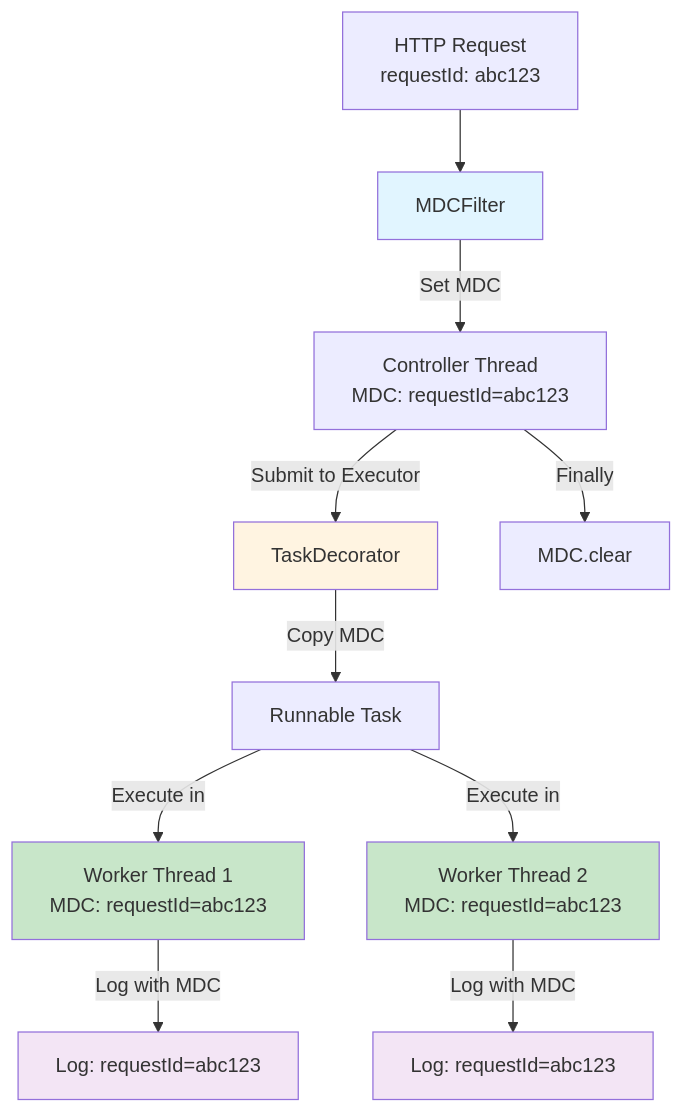
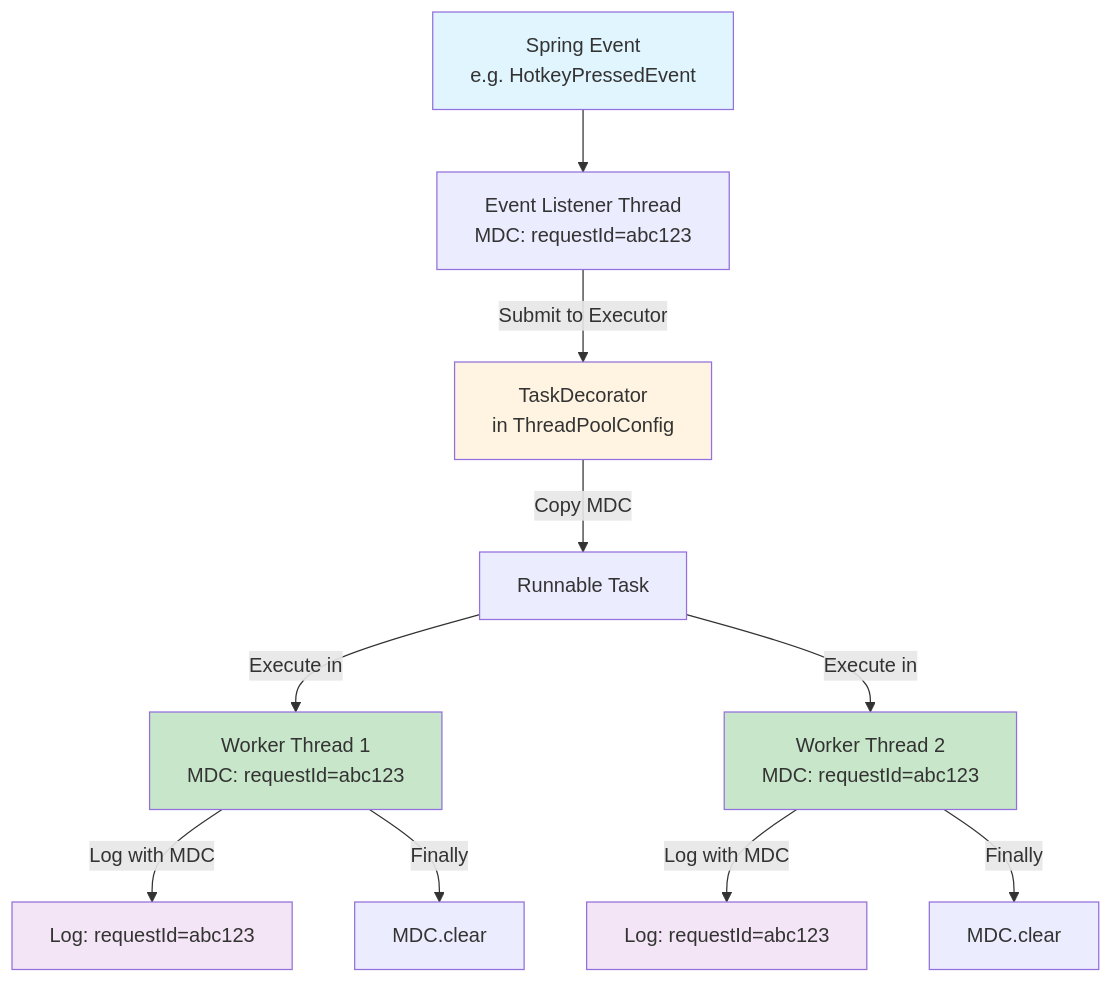
One commit to phillippitts/speakToMack changed the third of 15 diagrams in docs/diagrams/thread-model-concurrency.md. Above: the diagram before and after it, drawn with Mermaid. The commit also changed other lines of this file and 18 other files, not shown here.

````diff
--- a/docs/diagrams/thread-model-concurrency.md
+++ b/docs/diagrams/thread-model-concurrency.md
@@ -103,23 +101,23 @@
 ```mermaid
 flowchart TB
-    Request[HTTP Request<br/>requestId: abc123] --> Filter[MDCFilter]
-    Filter -->|Set MDC| Controller[Controller Thread<br/>MDC: requestId=abc123]
+    Event[Spring Event<br/>e.g. HotkeyPressedEvent] --> Listener[Event Listener Thread<br/>MDC: requestId=abc123]
 
-    Controller -->|Submit to Executor| Decorator[TaskDecorator]
+    Listener -->|Submit to Executor| Decorator[TaskDecorator<br/>in ThreadPoolConfig]
     Decorator -->|Copy MDC| Task[Runnable Task]
 
     Task -->|Execute in| Worker1[Worker Thread 1<br/>MDC: requestId=abc123]
     Task -->|Execute in| Worker2[Worker Thread 2<br/>MDC: requestId=abc123]
 
     Worker1 -->|Log with MDC| Logger1[Log: requestId=abc123]
     Worker2 -->|Log with MDC| Logger2[Log: requestId=abc123]
 
-    Controller -->|Finally| Clear[MDC.clear]
+    Worker1 -->|Finally| Clear1[MDC.clear]
+    Worker2 -->|Finally| Clear2[MDC.clear]
 
-    style Filter fill:#e1f5ff
+    style Event fill:#e1f5ff
     style Decorator fill:#fff4e1
     style Worker1 fill:#c8e6c9
     style Worker2 fill:#c8e6c9
     style Logger1 fill:#f3e5f5
     style Logger2 fill:#f3e5f5
 ```
````
